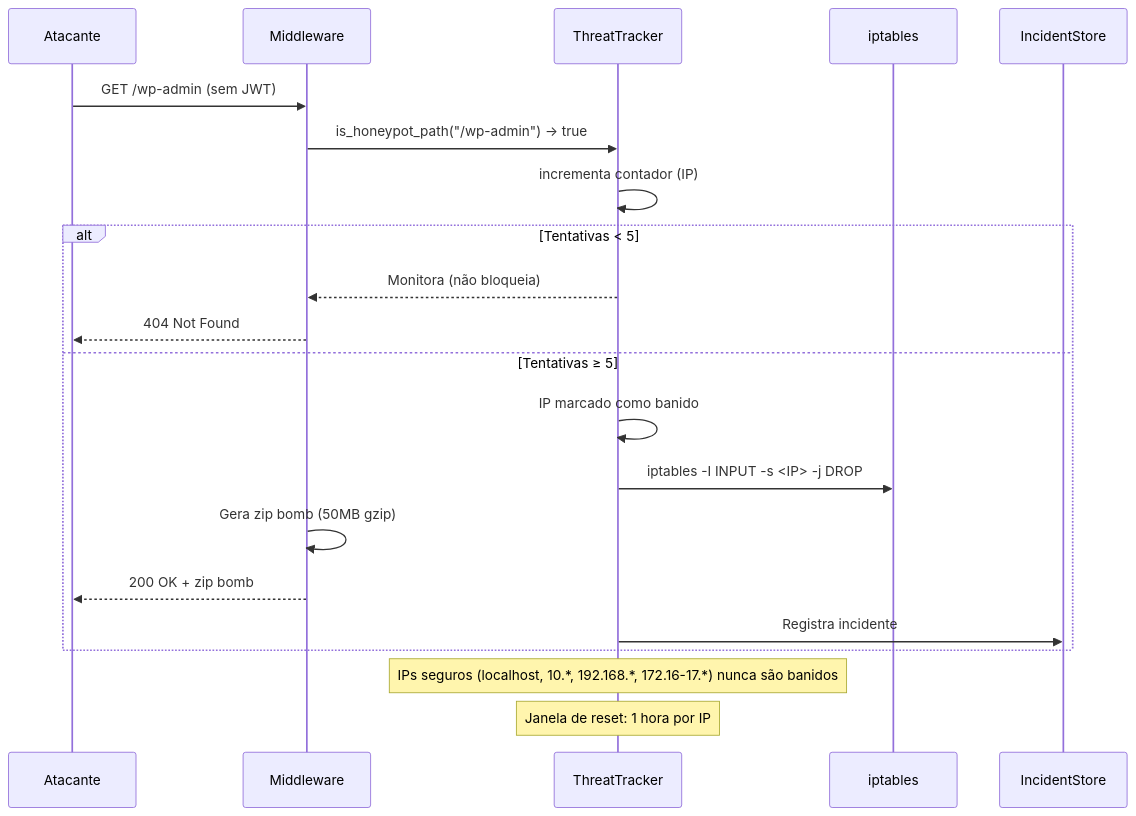
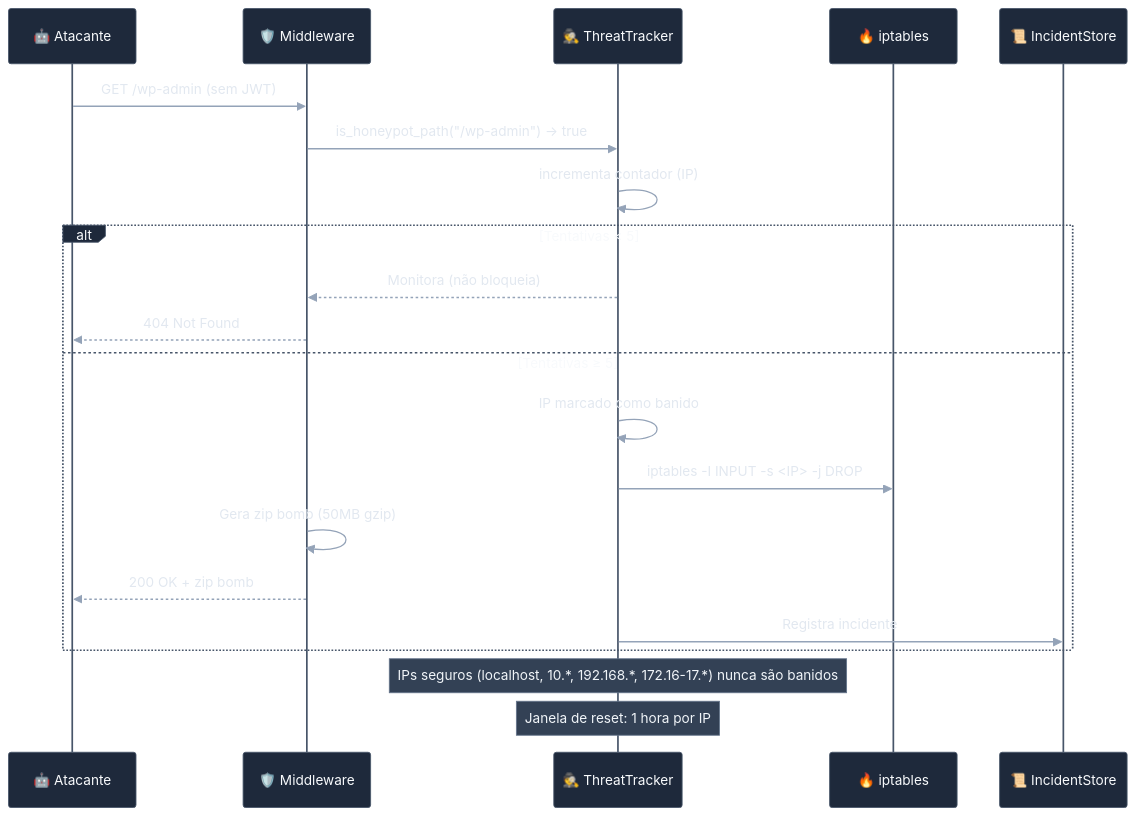
The tenth of 12 diagrams in docs/ARCHITECTURE.md (Munique-Feitoza/server-controller), drawn with Mermaid before and after one commit. The commit also changed other lines of this file and 8 other files, not shown here.

First line of the commit message:
docs: aplicar tema visual consistente nos diagramas mermaid

````diff
--- a/docs/ARCHITECTURE.md
+++ b/docs/ARCHITECTURE.md
@@ -495,26 +600,27 @@
 ```mermaid
+%%{init: { "theme": "base", "themeVariables": { "fontFamily": "Inter, sans-serif", "primaryColor": "#1e293b", "primaryTextColor": "#f8fafc", "primaryBorderColor": "#334155", "actorBkg": "#1e293b", "actorBorder": "#475569", "actorTextColor": "#f8fafc", "signalColor": "#94a3b8", "signalTextColor": "#e2e8f0", "noteBkgColor": "#334155", "noteTextColor": "#f1f5f9", "noteBorderColor": "#64748b" } }}%%
 sequenceDiagram
-    participant Attacker as Atacante
-    participant MW as Middleware
-    participant Tracker as ThreatTracker
-    participant IPTables as iptables
-    participant Store as IncidentStore
+    participant Attacker as 🤖 Atacante
+    participant MW as 🛡️ Middleware
+    participant Tracker as 🕵️ ThreatTracker
+    participant IPTables as 🔥 iptables
+    participant Store as 📜 IncidentStore
 
     Attacker->>MW: GET /wp-admin (sem JWT)
     MW->>Tracker: is_honeypot_path("/wp-admin") → true
     Tracker->>Tracker: incrementa contador (IP)
 
     alt Tentativas < 5
         Tracker-->>MW: Monitora (não bloqueia)
         MW-->>Attacker: 404 Not Found
     else Tentativas ≥ 5
         Tracker->>Tracker: IP marcado como banido
         Tracker->>IPTables: iptables -I INPUT -s <IP> -j DROP
         MW->>MW: Gera zip bomb (50MB gzip)
         MW-->>Attacker: 200 OK + zip bomb
         Tracker->>Store: Registra incidente
     end
 
     Note over Tracker: IPs seguros (localhost, 10.*, 192.168.*, 172.16-17.*) nunca são banidos
     Note over Tracker: Janela de reset: 1 hora por IP
 ```
````
